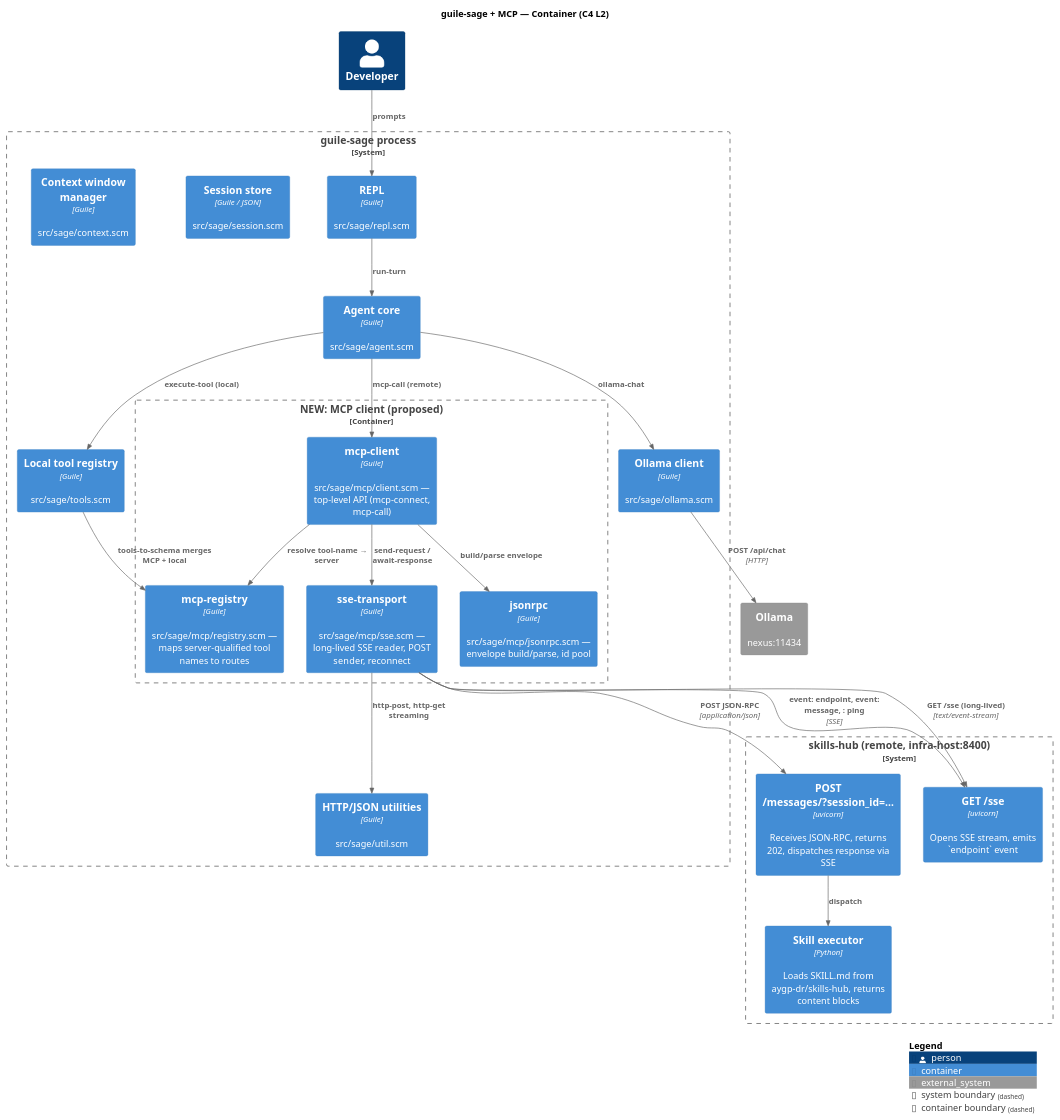
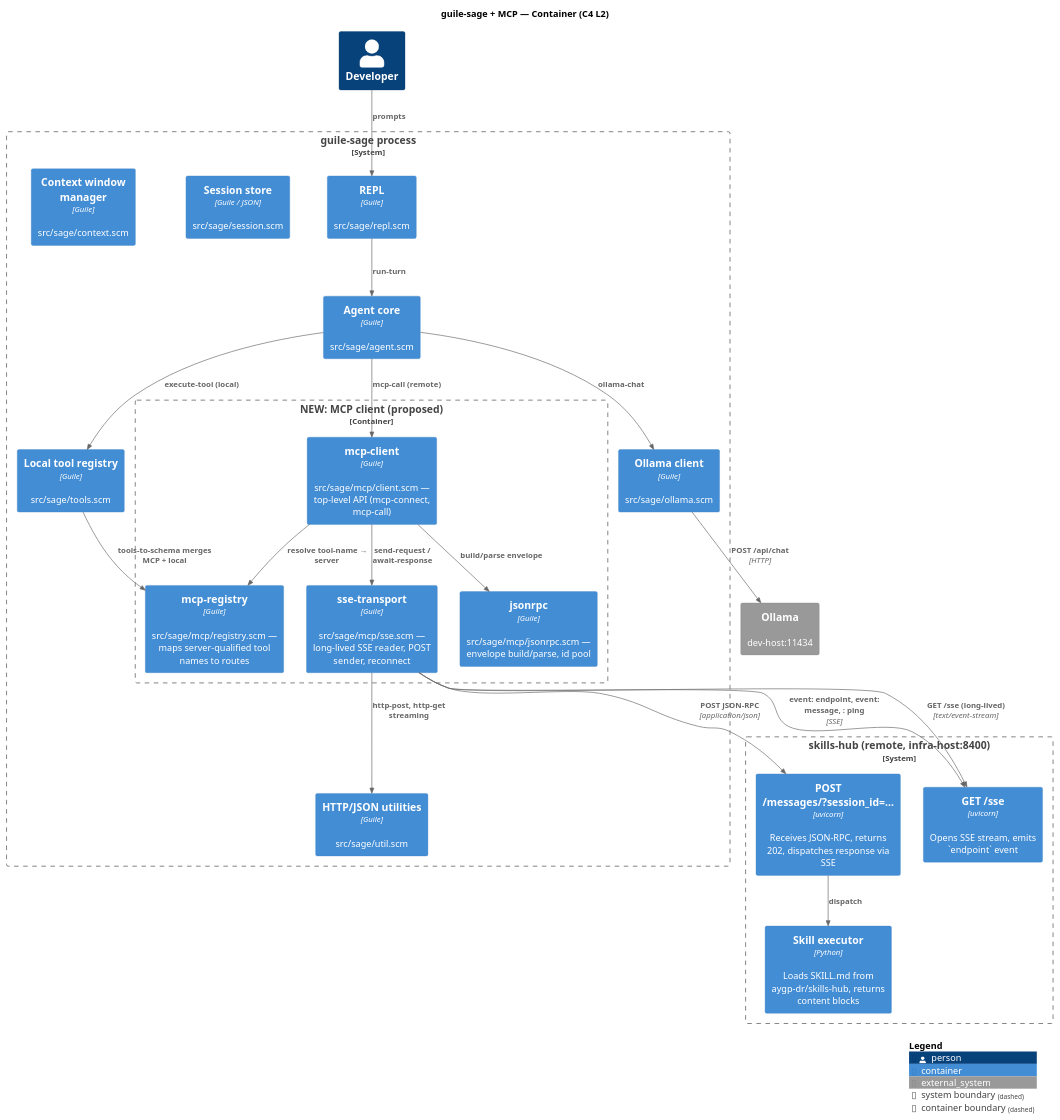
One commit to dsp-dr/guile-sage changed the second of 9 diagrams in docs/MCP-CONTRACT.org. Above: the diagram before and after it, drawn with PlantUML. The commit also changed other lines of this file and 20 other files, not shown here.

```diff
--- a/docs/MCP-CONTRACT.org
+++ b/docs/MCP-CONTRACT.org
@@ -75,52 +75,52 @@
 #+BEGIN_SRC plantuml :file images/mcp-c4-l2.png
 @startuml mcp-c4-l2
 !include https://raw.githubusercontent.com/plantuml-stdlib/C4-PlantUML/master/C4_Container.puml
 
 title guile-sage + MCP — Container (C4 L2)
 
 Person(user, "Developer")
 
 System_Boundary(sage, "guile-sage process") {
   Container(repl,      "REPL",         "Guile", "src/sage/repl.scm")
   Container(agent,     "Agent core",   "Guile", "src/sage/agent.scm")
   Container(ollama_mod,"Ollama client","Guile", "src/sage/ollama.scm")
   Container(tools_mod, "Local tool registry", "Guile", "src/sage/tools.scm")
   Container(util,      "HTTP/JSON utilities", "Guile", "src/sage/util.scm")
   Container(session,   "Session store", "Guile / JSON", "src/sage/session.scm")
   Container(context,   "Context window manager", "Guile", "src/sage/context.scm")
 
   Container_Boundary(mcp_client_boundary, "NEW: MCP client (proposed)") {
     Container(mcp_client,    "mcp-client",      "Guile", "src/sage/mcp/client.scm — top-level API (mcp-connect, mcp-call)")
     Container(mcp_jsonrpc,   "jsonrpc",         "Guile", "src/sage/mcp/jsonrpc.scm — envelope build/parse, id pool")
     Container(mcp_transport, "sse-transport",   "Guile", "src/sage/mcp/sse.scm — long-lived SSE reader, POST sender, reconnect")
     Container(mcp_registry,  "mcp-registry",    "Guile", "src/sage/mcp/registry.scm — maps server-qualified tool names to routes")
   }
 }
 
-System_Ext(ollama, "Ollama", "nexus:11434")
+System_Ext(ollama, "Ollama", "dev-host:11434")
 
 System_Boundary(skills_hub, "skills-hub (remote, infra-host:8400)") {
   Container(sse_endpoint, "GET /sse",        "uvicorn", "Opens SSE stream, emits `endpoint` event")
   Container(msg_endpoint, "POST /messages/?session_id=…", "uvicorn", "Receives JSON-RPC, returns 202, dispatches response via SSE")
   Container(skill_impl,   "Skill executor",  "Python", "Loads SKILL.md from aygp-dr/skills-hub, returns content blocks")
 }
 
 Rel(user, repl, "prompts")
 Rel(repl, agent, "run-turn")
 Rel(agent, ollama_mod, "ollama-chat")
 Rel(ollama_mod, ollama, "POST /api/chat", "HTTP")
 Rel(agent, tools_mod, "execute-tool (local)")
 Rel(agent, mcp_client, "mcp-call (remote)")
 Rel(mcp_client, mcp_jsonrpc, "build/parse envelope")
 Rel(mcp_client, mcp_transport, "send-request / await-response")
 Rel(mcp_transport, util, "http-post, http-get streaming")
 Rel(mcp_transport, sse_endpoint, "GET /sse (long-lived)", "text/event-stream")
 Rel(mcp_transport, msg_endpoint, "POST JSON-RPC", "application/json")
 Rel_Back(sse_endpoint, mcp_transport, "event: endpoint, event: message, : ping", "SSE")
 Rel(msg_endpoint, skill_impl, "dispatch")
 Rel(mcp_client, mcp_registry, "resolve tool-name → server")
 Rel(tools_mod, mcp_registry, "tools-to-schema merges MCP + local")
 
 SHOW_LEGEND()
 @enduml
 #+END_SRC
```
